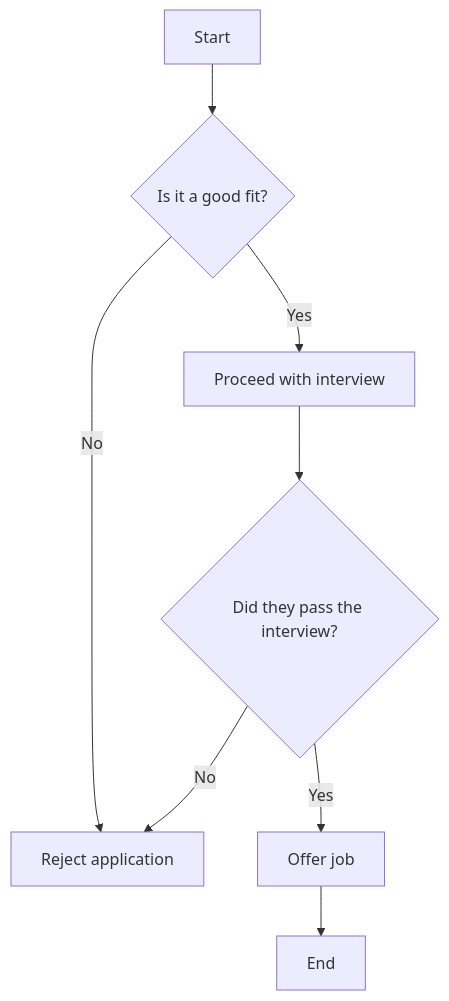
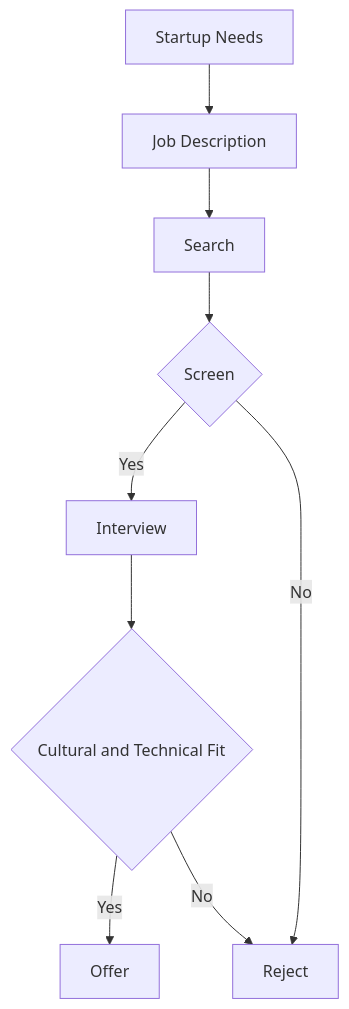
The diagram in Hiring/Hiring Flow.md (Nixtla/popol-vuh), drawn with Mermaid before and after one commit. The commit also changed other lines of this file, not shown here.

````diff
--- a/Hiring/Hiring Flow.md
+++ b/Hiring/Hiring Flow.md
@@ -4,10 +4,11 @@
 ```mermaid
 graph TD;
-    A[Start] --> B{Is it a good fit?};
-    B -->|Yes| C[Proceed with interview];
-    B -->|No| D[Reject application];
-    C --> E{Did they pass the interview?};
-    E -->|Yes| F[Offer job];
-    E -->|No| D;
-    F --> G[End];
+A[Startup Needs] --> B[Job Description]
+B --> C[Search]
+C --> D{Screen}
+D --> |Yes| E[Interview]
+D --> |No| F[Reject]
+E --> G{Cultural and Technical Fit}
+G --> |Yes| H[Offer]
+G --> |No| F
 ```
````
